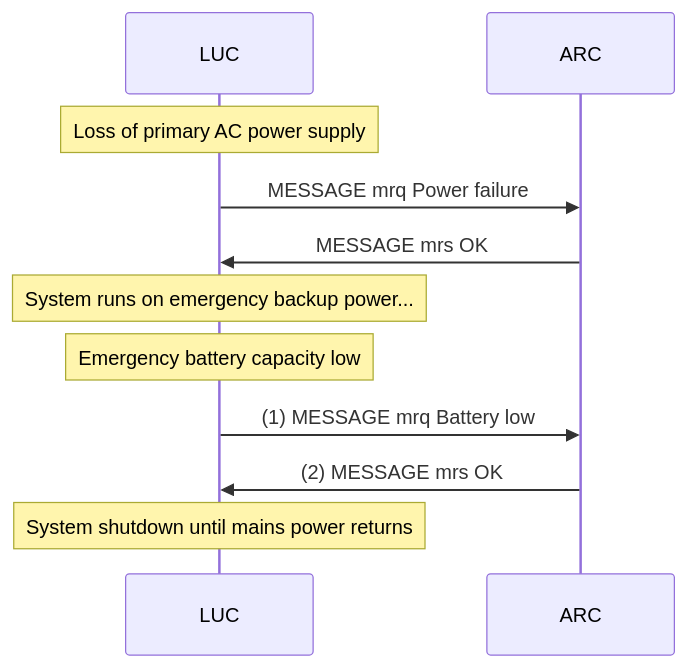
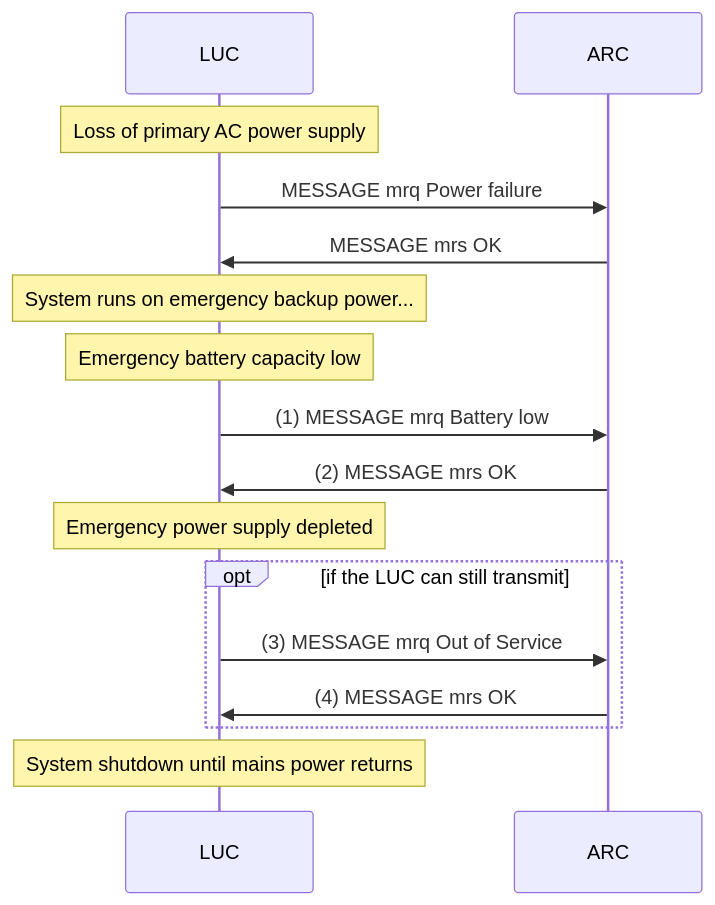
One commit to Telegartner-Elektronik/LACS-Protocol changed the fifth of 12 diagrams in LACS-usecases.md. Above: the diagram before and after it, drawn with Mermaid. The commit also changed other lines of this file and 10 other files, not shown here.

````diff
--- a/LACS-usecases.md
+++ b/LACS-usecases.md
@@ -617,18 +756,24 @@
 ```mermaid
 sequenceDiagram
     participant LUC
     participant ARC
 
     Note over LUC: Loss of primary AC power supply
     LUC->>ARC: MESSAGE mrq Power failure
     ARC->>LUC: MESSAGE mrs OK
 
     Note over LUC: System runs on emergency backup power...
 
     Note over LUC: Emergency battery capacity low
     LUC->>ARC: (1) MESSAGE mrq Battery low
     ARC->>LUC: (2) MESSAGE mrs OK
 
+    Note over LUC: Emergency power supply depleted
+    opt if the LUC can still transmit
+        LUC->>ARC: (3) MESSAGE mrq Out of Service
+        ARC->>LUC: (4) MESSAGE mrs OK
+    end
+
     Note over LUC: System shutdown until mains power returns
 
 ```
````
